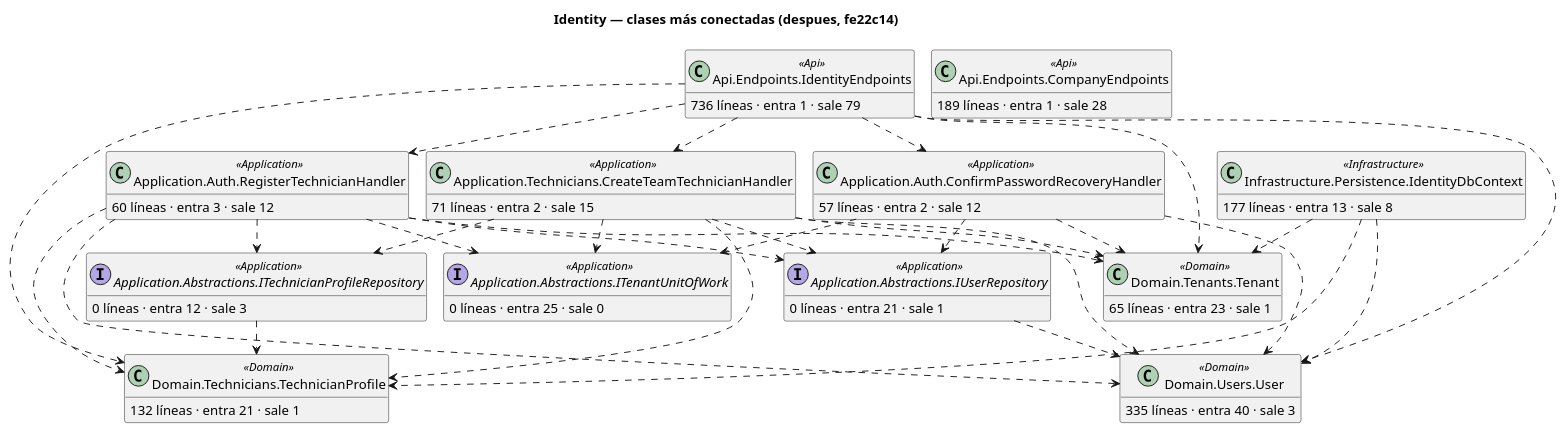
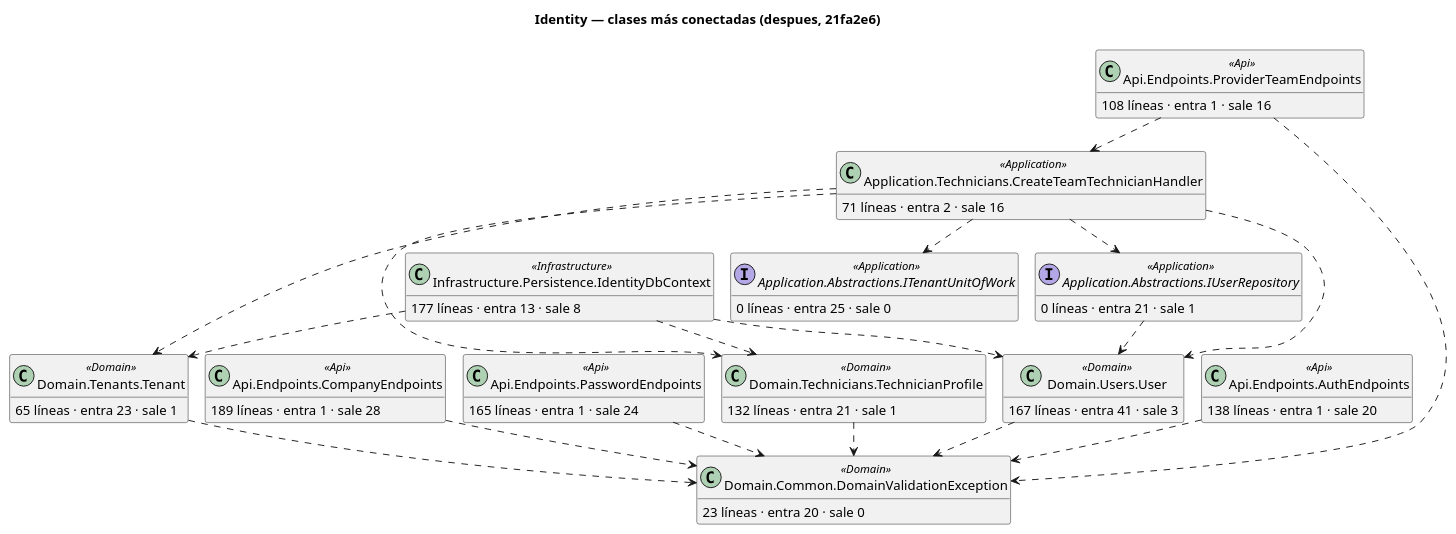
The diagram in docs/architecture/codigo/despues/identity/clases-centrales.puml (ARQUI-202630/quickpatch), drawn with PlantUML before and after one commit. The commit also changed 24 other files, not shown here.

```diff
--- a/docs/architecture/codigo/despues/identity/clases-centrales.puml
+++ b/docs/architecture/codigo/despues/identity/clases-centrales.puml
@@ -1,69 +1,59 @@
 @startuml
 !pragma layout smetana
-title Identity — clases más conectadas (despues, fe22c14)
+title Identity — clases más conectadas (despues, 21fa2e6)
 hide empty members
 skinparam shadowing false
-class "Api.Endpoints.IdentityEndpoints" as QuickPatch_Identity_Api_Endpoints_IdentityEndpoints <<Api>> {
-  736 líneas · entra 1 · sale 79
-}
 class "Domain.Users.User" as QuickPatch_Identity_Domain_Users_User <<Domain>> {
-  335 líneas · entra 40 · sale 3
+  167 líneas · entra 41 · sale 3
 }
 class "Api.Endpoints.CompanyEndpoints" as QuickPatch_Identity_Api_Endpoints_CompanyEndpoints <<Api>> {
   189 líneas · entra 1 · sale 28
+}
+class "Api.Endpoints.PasswordEndpoints" as QuickPatch_Identity_Api_Endpoints_PasswordEndpoints <<Api>> {
+  165 líneas · entra 1 · sale 24
 }
 interface "Application.Abstractions.ITenantUnitOfWork" as QuickPatch_Identity_Application_Abstractions_ITenantUnitOfWork <<Application>> {
   0 líneas · entra 25 · sale 0
 }
 class "Domain.Tenants.Tenant" as QuickPatch_Identity_Domain_Tenants_Tenant <<Domain>> {
   65 líneas · entra 23 · sale 1
 }
 interface "Application.Abstractions.IUserRepository" as QuickPatch_Identity_Application_Abstractions_IUserRepository <<Application>> {
   0 líneas · entra 21 · sale 1
 }
 class "Domain.Technicians.TechnicianProfile" as QuickPatch_Identity_Domain_Technicians_TechnicianProfile <<Domain>> {
   132 líneas · entra 21 · sale 1
 }
+class "Api.Endpoints.AuthEndpoints" as QuickPatch_Identity_Api_Endpoints_AuthEndpoints <<Api>> {
+  138 líneas · entra 1 · sale 20
+}
 class "Infrastructure.Persistence.IdentityDbContext" as QuickPatch_Identity_Infrastructure_Persistence_IdentityDbContext <<Infrastructure>> {
   177 líneas · entra 13 · sale 8
 }
+class "Domain.Common.DomainValidationException" as QuickPatch_Identity_Domain_Common_DomainValidationException <<Domain>> {
+  23 líneas · entra 20 · sale 0
+}
 class "Application.Technicians.CreateTeamTechnicianHandler" as QuickPatch_Identity_Application_Technicians_CreateTeamTechnicianHandler <<Application>> {
-  71 líneas · entra 2 · sale 15
+  71 líneas · entra 2 · sale 16
 }
-class "Application.Auth.RegisterTechnicianHandler" as QuickPatch_Identity_Application_Auth_RegisterTechnicianHandler <<Application>> {
-  60 líneas · entra 3 · sale 12
+class "Api.Endpoints.ProviderTeamEndpoints" as QuickPatch_Identity_Api_Endpoints_ProviderTeamEndpoints <<Api>> {
+  108 líneas · entra 1 · sale 16
 }
-interface "Application.Abstractions.ITechnicianProfileRepository" as QuickPatch_Identity_Application_Abstractions_ITechnicianProfileRepository <<Application>> {
-  0 líneas · entra 12 · sale 3
-}
-class "Application.Auth.ConfirmPasswordRecoveryHandler" as QuickPatch_Identity_Application_Auth_ConfirmPasswordRecoveryHandler <<Application>> {
-  57 líneas · entra 2 · sale 12
-}
-QuickPatch_Identity_Api_Endpoints_IdentityEndpoints ..> QuickPatch_Identity_Application_Auth_ConfirmPasswordRecoveryHandler
-QuickPatch_Identity_Api_Endpoints_IdentityEndpoints ..> QuickPatch_Identity_Application_Auth_RegisterTechnicianHandler
-QuickPatch_Identity_Api_Endpoints_IdentityEndpoints ..> QuickPatch_Identity_Application_Technicians_CreateTeamTechnicianHandler
-QuickPatch_Identity_Api_Endpoints_IdentityEndpoints ..> QuickPatch_Identity_Domain_Technicians_TechnicianProfile
-QuickPatch_Identity_Api_Endpoints_IdentityEndpoints ..> QuickPatch_Identity_Domain_Tenants_Tenant
-QuickPatch_Identity_Api_Endpoints_IdentityEndpoints ..> QuickPatch_Identity_Domain_Users_User
-QuickPatch_Identity_Application_Abstractions_ITechnicianProfileRepository ..> QuickPatch_Identity_Domain_Technicians_TechnicianProfile
+QuickPatch_Identity_Api_Endpoints_AuthEndpoints ..> QuickPatch_Identity_Domain_Common_DomainValidationException
+QuickPatch_Identity_Api_Endpoints_CompanyEndpoints ..> QuickPatch_Identity_Domain_Common_DomainValidationException
+QuickPatch_Identity_Api_Endpoints_PasswordEndpoints ..> QuickPatch_Identity_Domain_Common_DomainValidationException
+QuickPatch_Identity_Api_Endpoints_ProviderTeamEndpoints ..> QuickPatch_Identity_Application_Technicians_CreateTeamTechnicianHandler
+QuickPatch_Identity_Api_Endpoints_ProviderTeamEndpoints ..> QuickPatch_Identity_Domain_Common_DomainValidationException
 QuickPatch_Identity_Application_Abstractions_IUserRepository ..> QuickPatch_Identity_Domain_Users_User
-QuickPatch_Identity_Application_Auth_ConfirmPasswordRecoveryHandler ..> QuickPatch_Identity_Application_Abstractions_ITenantUnitOfWork
-QuickPatch_Identity_Application_Auth_ConfirmPasswordRecoveryHandler ..> QuickPatch_Identity_Application_Abstractions_IUserRepository
-QuickPatch_Identity_Application_Auth_ConfirmPasswordRecoveryHandler ..> QuickPatch_Identity_Domain_Tenants_Tenant
-QuickPatch_Identity_Application_Auth_ConfirmPasswordRecoveryHandler ..> QuickPatch_Identity_Domain_Users_User
-QuickPatch_Identity_Application_Auth_RegisterTechnicianHandler ..> QuickPatch_Identity_Application_Abstractions_ITechnicianProfileRepository
-QuickPatch_Identity_Application_Auth_RegisterTechnicianHandler ..> QuickPatch_Identity_Application_Abstractions_ITenantUnitOfWork
-QuickPatch_Identity_Application_Auth_RegisterTechnicianHandler ..> QuickPatch_Identity_Application_Abstractions_IUserRepository
-QuickPatch_Identity_Application_Auth_RegisterTechnicianHandler ..> QuickPatch_Identity_Domain_Technicians_TechnicianProfile
-QuickPatch_Identity_Application_Auth_RegisterTechnicianHandler ..> QuickPatch_Identity_Domain_Tenants_Tenant
-QuickPatch_Identity_Application_Auth_RegisterTechnicianHandler ..> QuickPatch_Identity_Domain_Users_User
-QuickPatch_Identity_Application_Technicians_CreateTeamTechnicianHandler ..> QuickPatch_Identity_Application_Abstractions_ITechnicianProfileRepository
 QuickPatch_Identity_Application_Technicians_CreateTeamTechnicianHandler ..> QuickPatch_Identity_Application_Abstractions_ITenantUnitOfWork
 QuickPatch_Identity_Application_Technicians_CreateTeamTechnicianHandler ..> QuickPatch_Identity_Application_Abstractions_IUserRepository
 QuickPatch_Identity_Application_Technicians_CreateTeamTechnicianHandler ..> QuickPatch_Identity_Domain_Technicians_TechnicianProfile
 QuickPatch_Identity_Application_Technicians_CreateTeamTechnicianHandler ..> QuickPatch_Identity_Domain_Tenants_Tenant
 QuickPatch_Identity_Application_Technicians_CreateTeamTechnicianHandler ..> QuickPatch_Identity_Domain_Users_User
+QuickPatch_Identity_Domain_Technicians_TechnicianProfile ..> QuickPatch_Identity_Domain_Common_DomainValidationException
+QuickPatch_Identity_Domain_Tenants_Tenant ..> QuickPatch_Identity_Domain_Common_DomainValidationException
+QuickPatch_Identity_Domain_Users_User ..> QuickPatch_Identity_Domain_Common_DomainValidationException
 QuickPatch_Identity_Infrastructure_Persistence_IdentityDbContext ..> QuickPatch_Identity_Domain_Technicians_TechnicianProfile
 QuickPatch_Identity_Infrastructure_Persistence_IdentityDbContext ..> QuickPatch_Identity_Domain_Tenants_Tenant
 QuickPatch_Identity_Infrastructure_Persistence_IdentityDbContext ..> QuickPatch_Identity_Domain_Users_User
 @enduml
```
